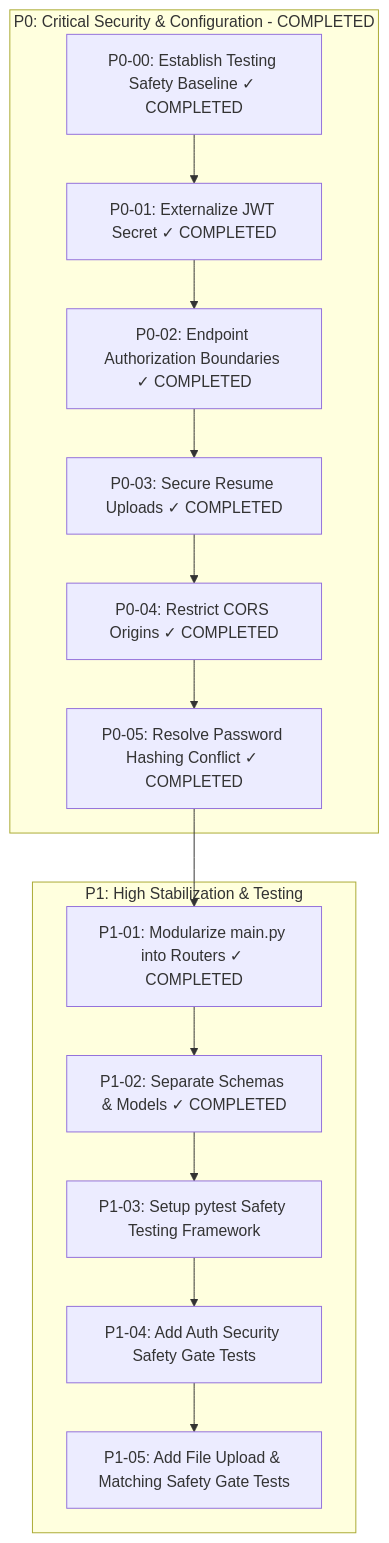
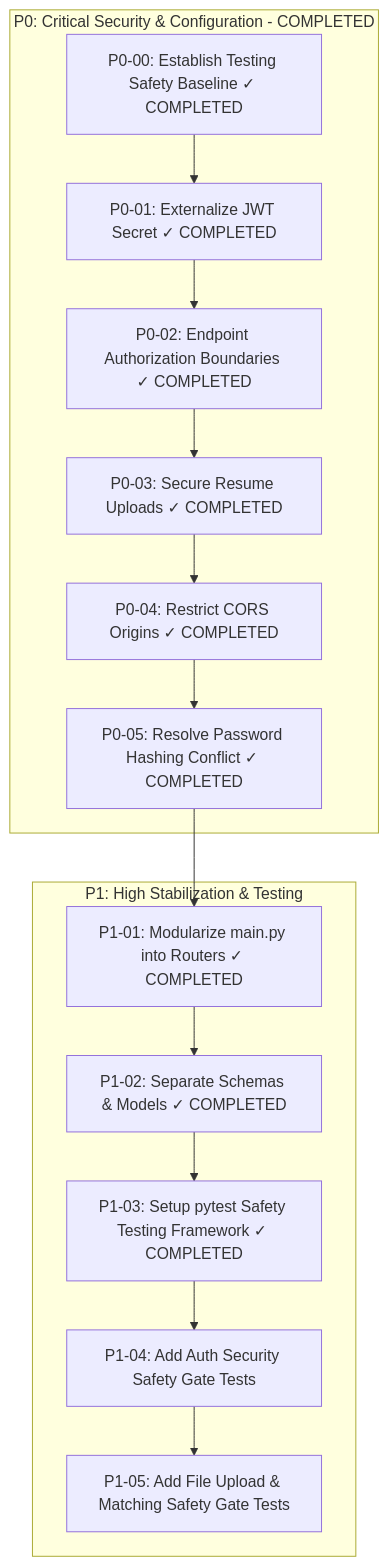
The diagram in docs/ROADMAP.md (AlvinMutie/Job-seer), drawn with Mermaid before and after one commit. The commit also changed other lines of this file and 22 other files, not shown here.

````diff
--- a/docs/ROADMAP.md
+++ b/docs/ROADMAP.md
@@ -9,21 +9,21 @@
 ```mermaid
 flowchart TD
     subgraph P0 [P0: Critical Security & Configuration - COMPLETED]
         P0-00[P0-00: Establish Testing Safety Baseline ✓ COMPLETED]
         P0-01[P0-01: Externalize JWT Secret ✓ COMPLETED]
         P0-02[P0-02: Endpoint Authorization Boundaries ✓ COMPLETED]
         P0-03[P0-03: Secure Resume Uploads ✓ COMPLETED]
         P0-04[P0-04: Restrict CORS Origins ✓ COMPLETED]
         P0-05[P0-05: Resolve Password Hashing Conflict ✓ COMPLETED]
     end
 
     subgraph P1 [P1: High Stabilization & Testing]
         P1-01[P1-01: Modularize main.py into Routers ✓ COMPLETED]
         P1-02[P1-02: Separate Schemas & Models ✓ COMPLETED]
-        P1-03[P1-03: Setup pytest Safety Testing Framework]
+        P1-03[P1-03: Setup pytest Safety Testing Framework ✓ COMPLETED]
         P1-04[P1-04: Add Auth Security Safety Gate Tests]
         P1-05[P1-05: Add File Upload & Matching Safety Gate Tests]
     end
 
     P0-00 --> P0-01 --> P0-02 --> P0-03 --> P0-04 --> P0-05 --> P1-01 --> P1-02 --> P1-03 --> P1-04 --> P1-05
 ```
````
